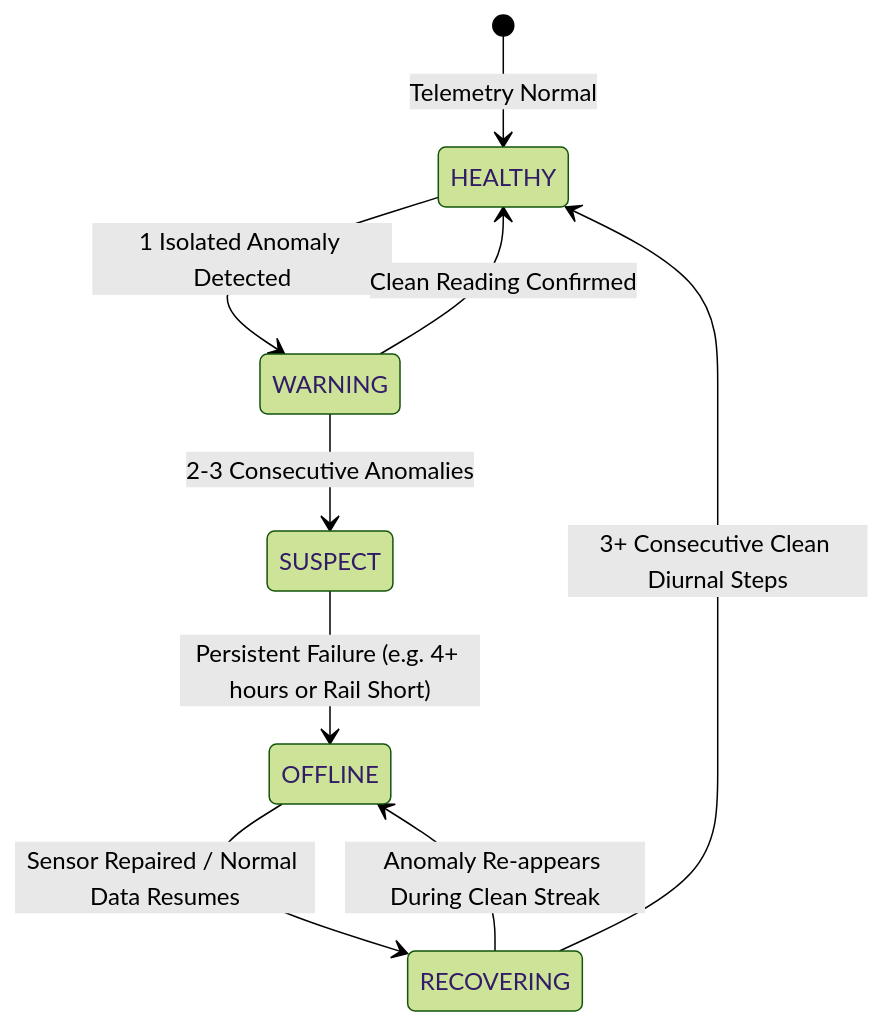
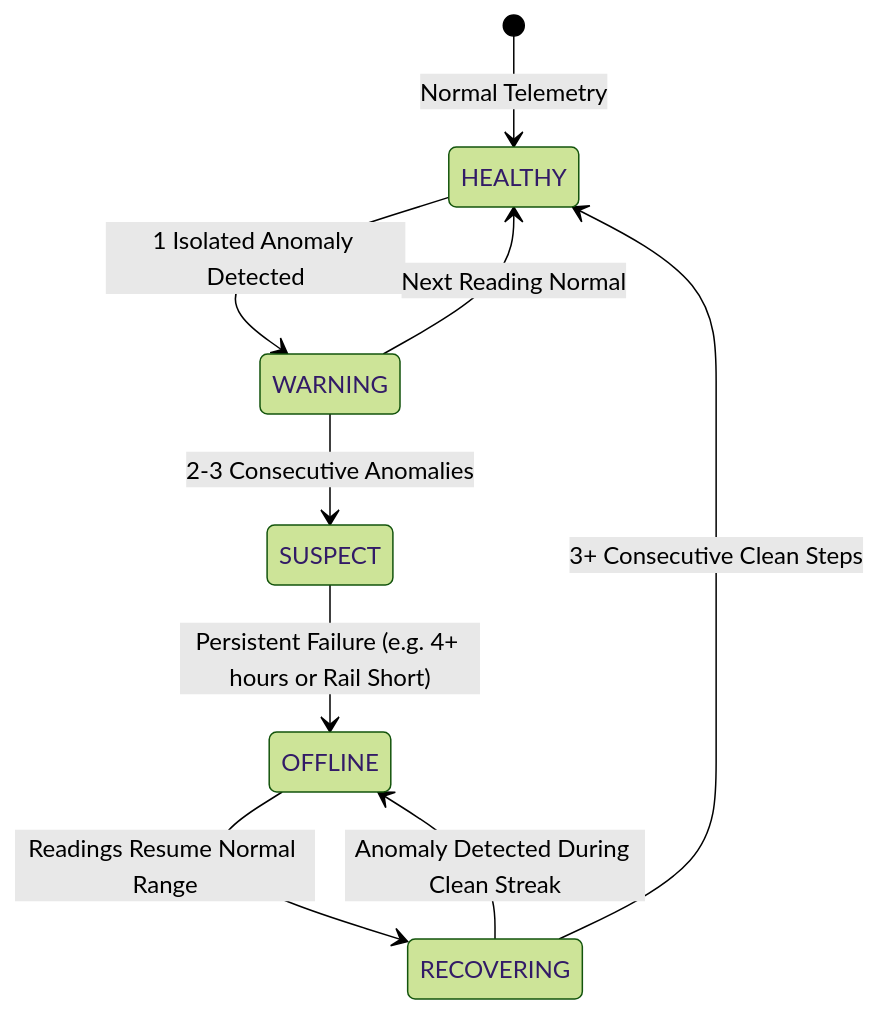
The second of 2 diagrams in README.md (inf-pranjal-01/HELL-TO-SKY), drawn with Mermaid (forest theme) before and after one commit. The commit also changed other lines of this file, not shown here.

First line of the commit message:
docs: revise README with grounded architecture and benchmark metrics

````diff
--- a/README.md
+++ b/README.md
@@ -299,11 +298,11 @@
 ```mermaid
 stateDiagram-v2
-    [*] --> HEALTHY: Telemetry Normal
+    [*] --> HEALTHY: Normal Telemetry
     HEALTHY --> WARNING: 1 Isolated Anomaly Detected
-    WARNING --> HEALTHY: Clean Reading Confirmed
+    WARNING --> HEALTHY: Next Reading Normal
     WARNING --> SUSPECT: 2-3 Consecutive Anomalies
     SUSPECT --> OFFLINE: Persistent Failure (e.g. 4+ hours or Rail Short)
-    OFFLINE --> RECOVERING: Sensor Repaired / Normal Data Resumes
-    RECOVERING --> HEALTHY: 3+ Consecutive Clean Diurnal Steps
-    RECOVERING --> OFFLINE: Anomaly Re-appears During Clean Streak
+    OFFLINE --> RECOVERING: Readings Resume Normal Range
+    RECOVERING --> HEALTHY: 3+ Consecutive Clean Steps
+    RECOVERING --> OFFLINE: Anomaly Detected During Clean Streak
 ```
````
